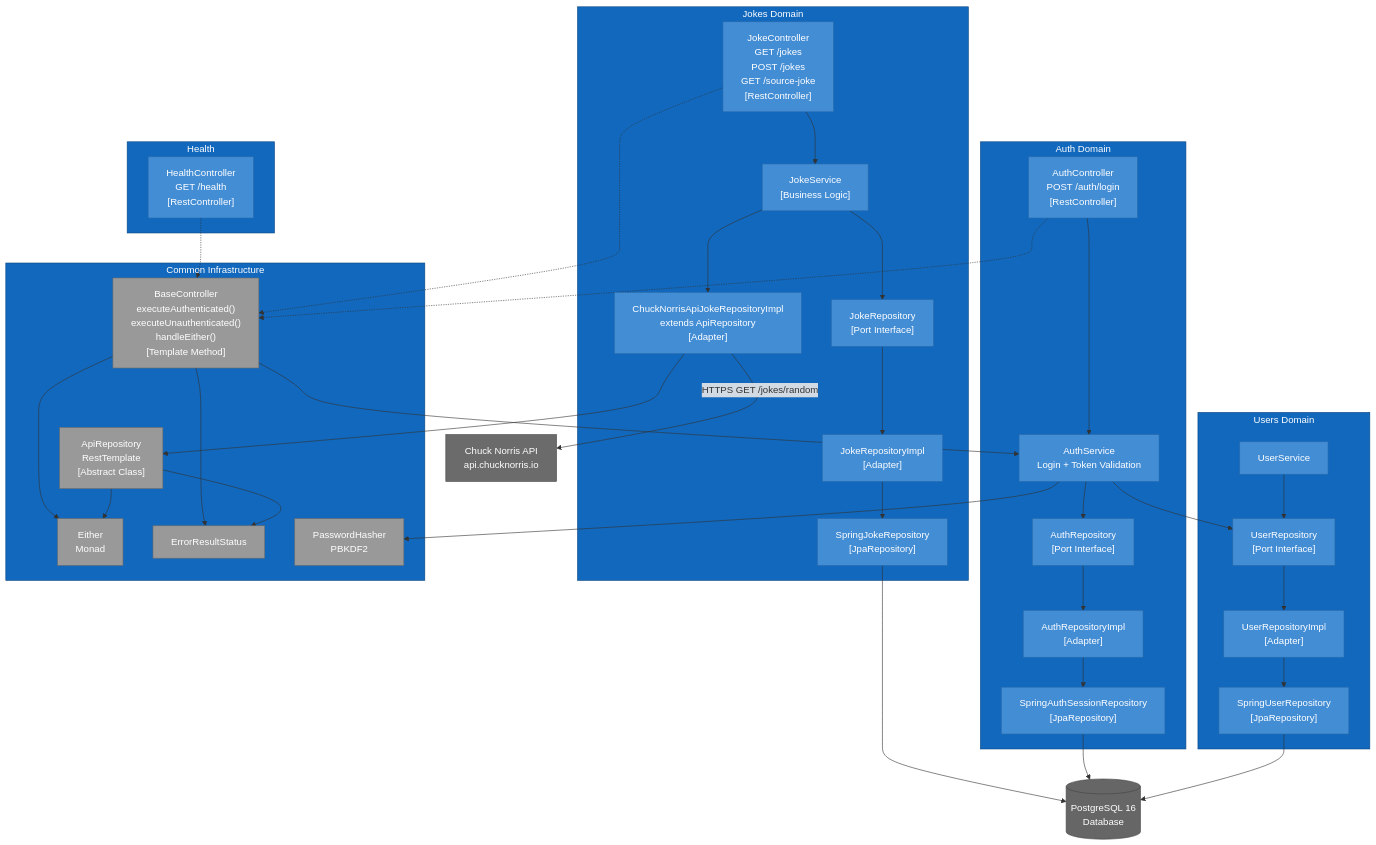
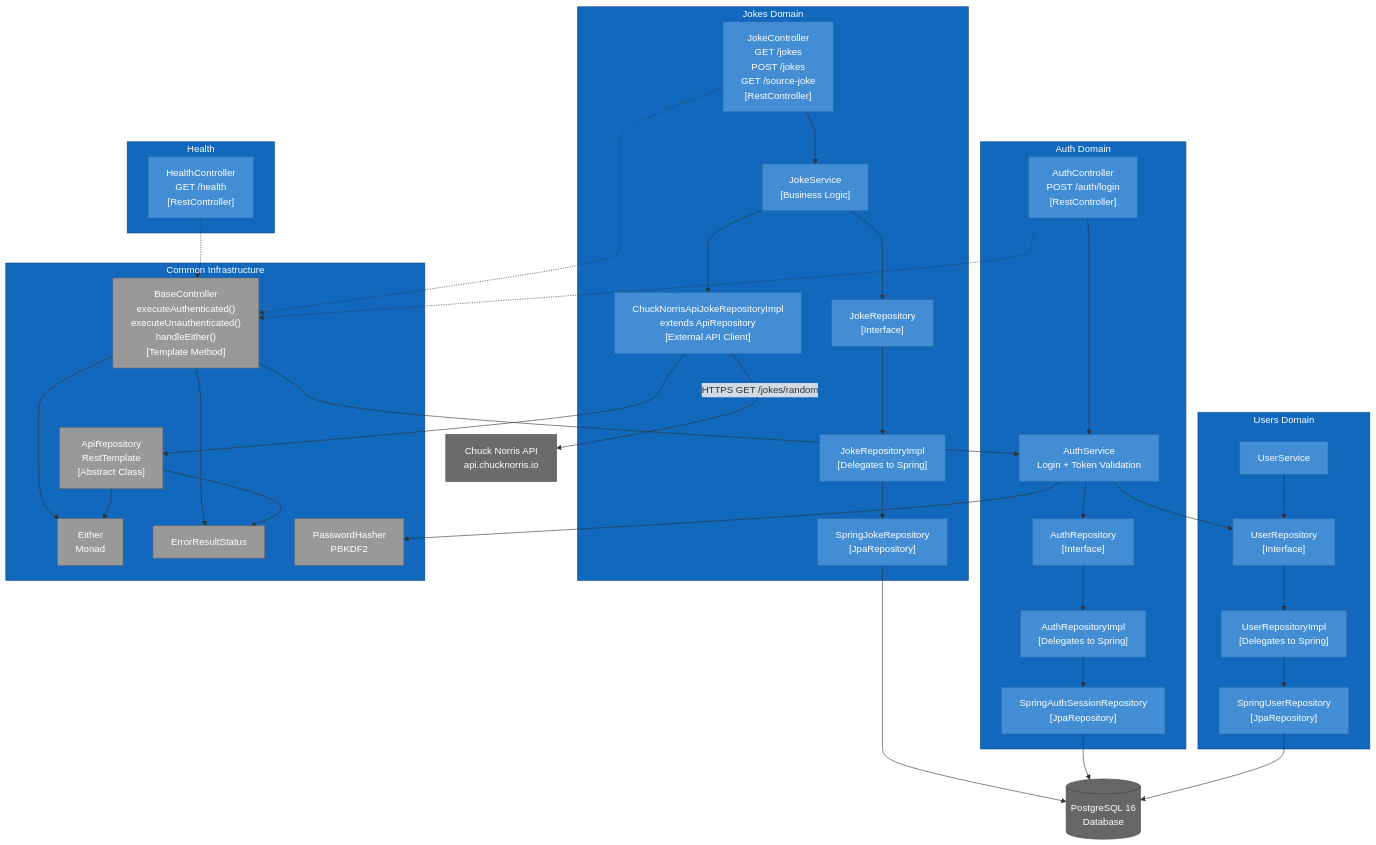
One commit to MiChillDev/sqs-project changed the diagram in docs/arc42/mermaid/c3-backend.mmd. Above: the diagram before and after it, drawn with Mermaid. The commit also changed 8 other files, not shown here.

```diff
--- a/docs/arc42/mermaid/c3-backend.mmd
+++ b/docs/arc42/mermaid/c3-backend.mmd
@@ -1,90 +1,90 @@
 %% C4 Level 3 - Backend Components
 %% Chuck Norris Joke Page
 
 graph TB
     subgraph JokesDomain[" Jokes Domain"]
         JokeCtrl["JokeController<br/>GET /jokes<br/>POST /jokes<br/>GET /source-joke<br/>[RestController]"]
         JokeSvc["JokeService<br/>[Business Logic]"]
-        JokeRepo["JokeRepository<br/>[Port Interface]"]
-        JokeRepoImpl["JokeRepositoryImpl<br/>[Adapter]"]
+        JokeRepo["JokeRepository<br/>[Interface]"]
+        JokeRepoImpl["JokeRepositoryImpl<br/>[Delegates to Spring]"]
         SpringJokeRepo["SpringJokeRepository<br/>[JpaRepository]"]
-        ChuckNorrisRepo["ChuckNorrisApiJokeRepositoryImpl<br/>extends ApiRepository<br/>[Adapter]"]
+        ChuckNorrisRepo["ChuckNorrisApiJokeRepositoryImpl<br/>extends ApiRepository<br/>[External API Client]"]
     end
 
     subgraph AuthDomain[" Auth Domain"]
         AuthCtrl["AuthController<br/>POST /auth/login<br/>[RestController]"]
         AuthSvc["AuthService<br/>Login + Token Validation"]
-        AuthRepo["AuthRepository<br/>[Port Interface]"]
-        AuthRepoImpl["AuthRepositoryImpl<br/>[Adapter]"]
+        AuthRepo["AuthRepository<br/>[Interface]"]
+        AuthRepoImpl["AuthRepositoryImpl<br/>[Delegates to Spring]"]
         SpringAuthRepo["SpringAuthSessionRepository<br/>[JpaRepository]"]
     end
 
     subgraph UsersDomain[" Users Domain"]
         UserSvc["UserService"]
-        UserRepo["UserRepository<br/>[Port Interface]"]
-        UserRepoImpl["UserRepositoryImpl<br/>[Adapter]"]
+        UserRepo["UserRepository<br/>[Interface]"]
+        UserRepoImpl["UserRepositoryImpl<br/>[Delegates to Spring]"]
         SpringUserRepo["SpringUserRepository<br/>[JpaRepository]"]
     end
 
     subgraph HealthDomain[" Health"]
         HealthCtrl["HealthController<br/>GET /health<br/>[RestController]"]
     end
 
     subgraph CommonInfra[" Common Infrastructure"]
         BaseCtrl["BaseController<br/>executeAuthenticated()<br/>executeUnauthenticated()<br/>handleEither()<br/>[Template Method]"]
         Either["Either<L,R><br/>Monad"]
         ErrorStatus["ErrorResultStatus"]
         PWHasher["PasswordHasher<br/>PBKDF2"]
         ApiRepo["ApiRepository<br/>RestTemplate<br/>[Abstract Class]"]
     end
 
     DB[("PostgreSQL 16<br/>Database")]
     CN_API["Chuck Norris API<br/>api.chucknorris.io"]
 
     JokeCtrl --> JokeSvc
     JokeCtrl -.-> BaseCtrl
     JokeSvc --> JokeRepo
     JokeSvc --> ChuckNorrisRepo
     JokeRepo --> JokeRepoImpl
     JokeRepoImpl --> SpringJokeRepo
     SpringJokeRepo --> DB
     ChuckNorrisRepo --> ApiRepo
     ChuckNorrisRepo -->|"HTTPS GET /jokes/random"| CN_API
 
     AuthCtrl --> AuthSvc
     AuthCtrl -.-> BaseCtrl
     AuthSvc --> AuthRepo
     AuthSvc --> UserRepo
     AuthSvc --> PWHasher
     AuthRepo --> AuthRepoImpl
     AuthRepoImpl --> SpringAuthRepo
     SpringAuthRepo --> DB
 
     UserSvc --> UserRepo
     UserRepo --> UserRepoImpl
     UserRepoImpl --> SpringUserRepo
     SpringUserRepo --> DB
 
     HealthCtrl -.-> BaseCtrl
 
     BaseCtrl --> AuthSvc
     BaseCtrl --> Either
     BaseCtrl --> ErrorStatus
 
     ApiRepo --> Either
     ApiRepo --> ErrorStatus
 
     classDef domain fill:#1168bd,color:#fff,stroke:#0b4884
     classDef component fill:#438dd5,color:#fff,stroke:#2a6bab
     classDef infra fill:#999,color:#fff,stroke:#6b6b6b
     classDef db fill:#666,color:#fff,stroke:#444
     classDef external fill:#6b6b6b,color:#fff,stroke:#444
 
     class JokesDomain,AuthDomain,UsersDomain,HealthDomain,CommonInfra domain
     class JokeCtrl,JokeSvc,JokeRepo,JokeRepoImpl,SpringJokeRepo,ChuckNorrisRepo component
     class AuthCtrl,AuthSvc,AuthRepo,AuthRepoImpl,SpringAuthRepo component
     class UserSvc,UserRepo,UserRepoImpl,SpringUserRepo component
     class HealthCtrl component
     class BaseCtrl,Either,ErrorStatus,PWHasher,ApiRepo infra
     class DB db
     class CN_API external
```
